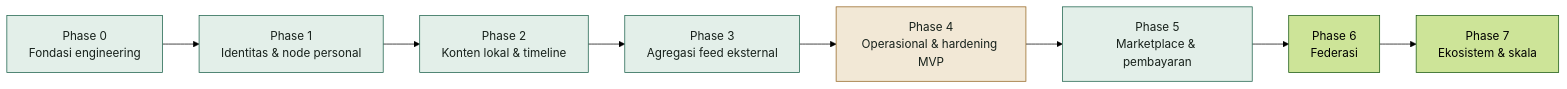
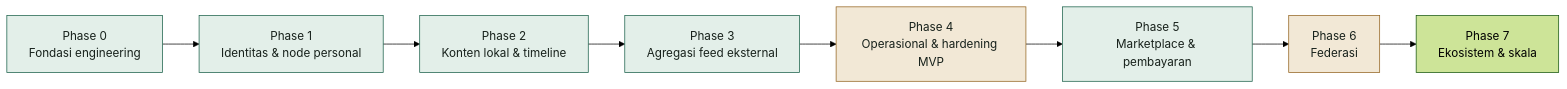
The diagram in documentation/PROGRESS-REPORT.id.md (kukuhtw/fpdp), drawn with Mermaid (forest theme) before and after one commit. The commit also changed other lines of this file and 11 other files, not shown here.

````diff
--- a/documentation/PROGRESS-REPORT.id.md
+++ b/documentation/PROGRESS-REPORT.id.md
@@ -22,16 +22,16 @@
 ```mermaid
 flowchart LR
     P0["Phase 0<br/>Fondasi engineering"] --> P1["Phase 1<br/>Identitas & node personal"]
     P1 --> P2["Phase 2<br/>Konten lokal & timeline"]
     P2 --> P3["Phase 3<br/>Agregasi feed eksternal"]
     P3 --> P4["Phase 4<br/>Operasional & hardening MVP"]
     P4 --> P5["Phase 5<br/>Marketplace & pembayaran"]
     P5 --> P6["Phase 6<br/>Federasi"]
     P6 --> P7["Phase 7<br/>Ekosistem & skala"]
 
     classDef done fill:#e3efe9,stroke:#185f48,color:#17211b;
     classDef partial fill:#f2e8d6,stroke:#93631e,color:#17211b;
     classDef todo fill:#f1e3e1,stroke:#a13d37,color:#17211b;
     class P0,P1,P2,P3,P5 done;
-    class P4 partial;
+    class P4,P6 partial;
 ```
````
